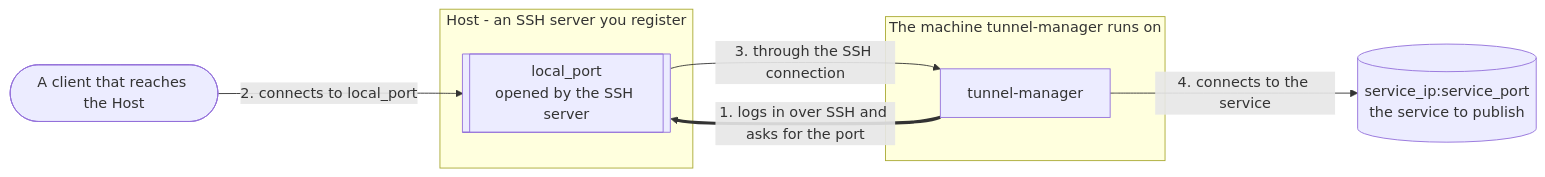
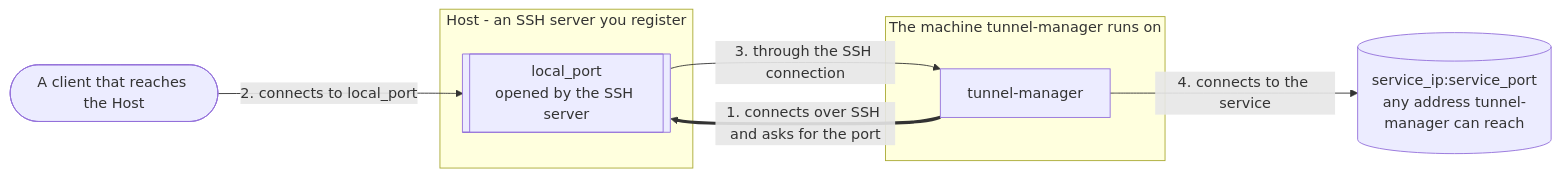
The diagram in README.md (jollaman999/tunnel-manager), drawn with Mermaid before and after one commit. The commit also changed other lines of this file, not shown here.

````diff
--- a/README.md
+++ b/README.md
@@ -16,16 +16,16 @@
 ```mermaid
 flowchart LR
     client([A client that reaches the Host])
     subgraph host [Host - an SSH server you register]
         port[["local_port<br/>opened by the SSH server"]]
     end
     subgraph here [The machine tunnel-manager runs on]
         tm[tunnel-manager]
     end
-    service[("service_ip:service_port<br/>the service to publish")]
+    service[("service_ip:service_port<br/>any address tunnel-manager can reach")]
 
-    tm ==>|"1. logs in over SSH and asks for the port"| port
+    tm ==>|"1. connects over SSH and asks for the port"| port
     client -->|"2. connects to local_port"| port
     port -->|"3. through the SSH connection"| tm
     tm -->|"4. connects to the service"| service
 ```
````
